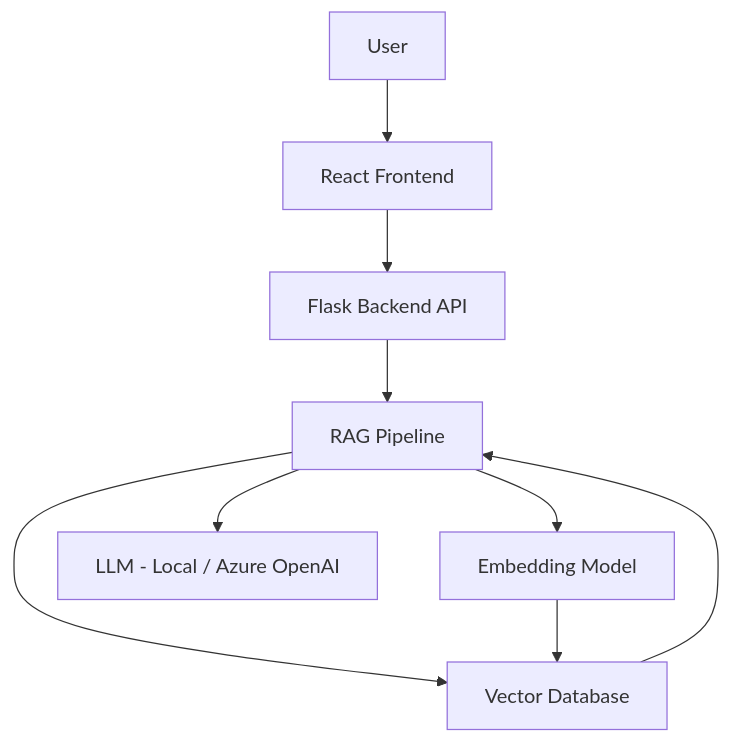
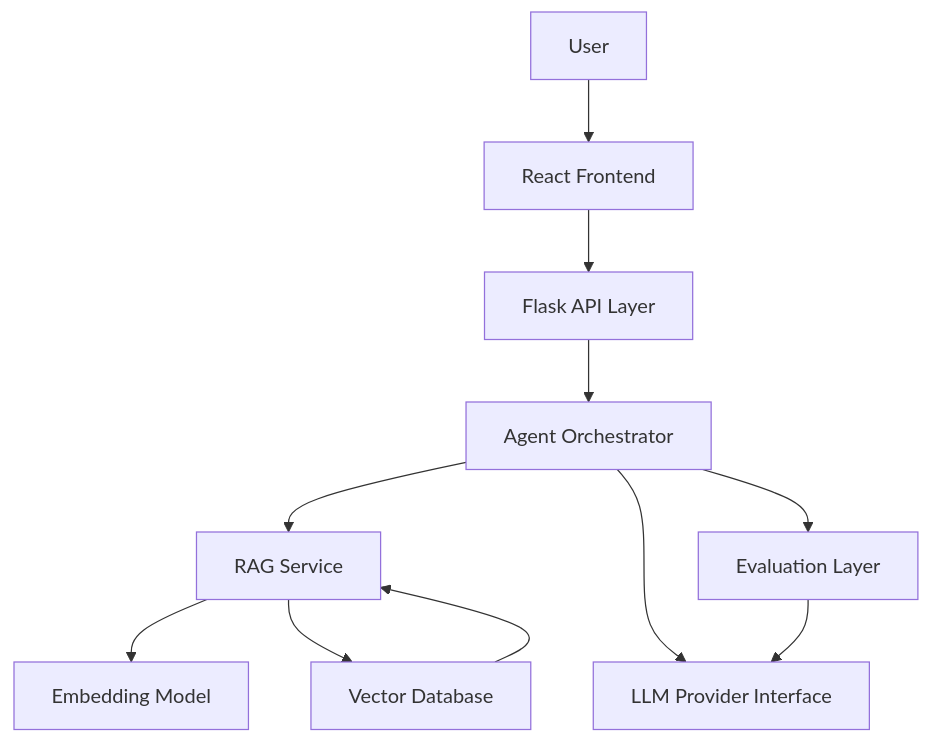
The first of 2 diagrams in README.md (rks2601/ai-system-design-architect), drawn with Mermaid before and after one commit. The commit also changed other lines of this file, not shown here.

````diff
--- a/README.md
+++ b/README.md
@@ -44,11 +31,17 @@
 ```mermaid
 graph TD
     A[User] --> B[React Frontend]
-    B --> C[Flask Backend API]
-    C --> D[RAG Pipeline]
-    D --> E[Embedding Model]
-    D --> F[Vector Database]
-    D --> G[LLM - Local / Azure OpenAI]
-    F --> D
-    E --> F
+    B --> C[Flask API Layer]
+
+    C --> D[Agent Orchestrator]
+    D --> E[RAG Service]
+    D --> F[Evaluation Layer]
+
+    E --> G[Embedding Model]
+    E --> H[Vector Database]
+
+    D --> I[LLM Provider Interface]
+
+    F --> I
+    H --> E
 ```
````
